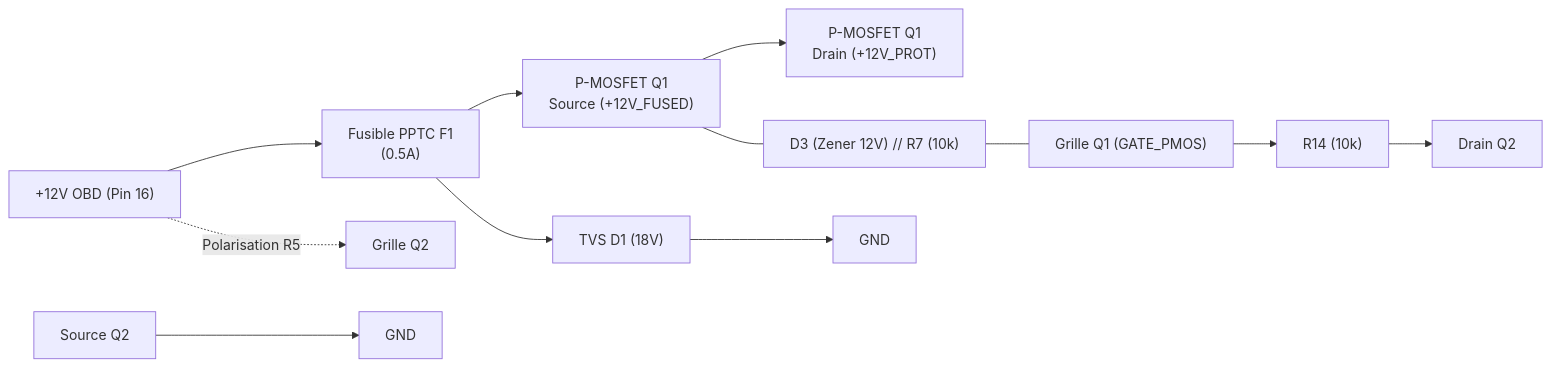
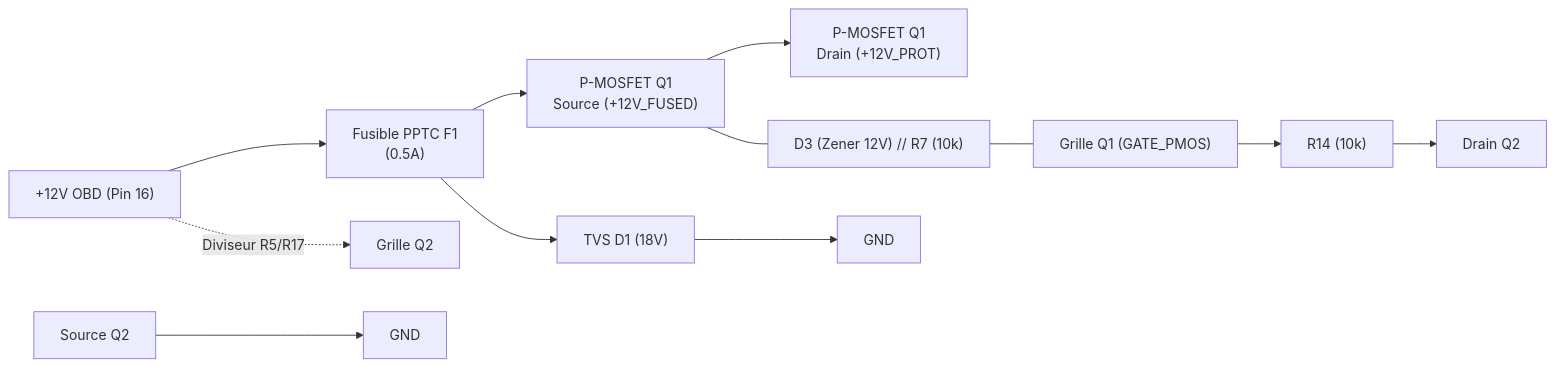
Before and after one commit to nitrogene/OBD2: the second of 9 diagrams in HARDWARE.md, drawn with Mermaid. The commit also changed other lines of this file and 6 other files, not shown here.

First line of the commit message:
feat(sch): sécurisation grille Q2 via diviseur R5/R17 (10k/10k) et mise à jour sémantique

````diff
--- a/HARDWARE.md
+++ b/HARDWARE.md
@@ -93,22 +93,22 @@
 ```mermaid
 %%{init: {
   'themeVariables': {
     'fontFamily': 'Consolas, "Courier New", monospace',
     'fontSize': '12px'
   },
   'flowchart': {
     'curve': 'stepBefore',
     'nodeSpacing': 25,
     'rankSpacing': 30
   }
 }}%%
 flowchart LR
     IN["+12V OBD (Pin 16)"] --> F1["Fusible PPTC F1\n(0.5A)"]
     F1 --> Q1_S["P-MOSFET Q1\nSource (+12V_FUSED)"]
     Q1_S --> Q1_D["P-MOSFET Q1\nDrain (+12V_PROT)"]
     F1 --> D1["TVS D1 (18V)"] --> GND1["GND"]
     Q1_S --- D3_R7["D3 (Zener 12V) // R7 (10k)"] --- Q1_G["Grille Q1 (GATE_PMOS)"]
     Q1_G --> R14["R14 (10k)"] --> Q2_D["Drain Q2"]
     Q2_S["Source Q2"] --> GND2["GND"]
-    IN -.->|Polarisation R5| Q2_G["Grille Q2"]
+    IN -.->|Diviseur R5/R17| Q2_G["Grille Q2"]
 ```
````
